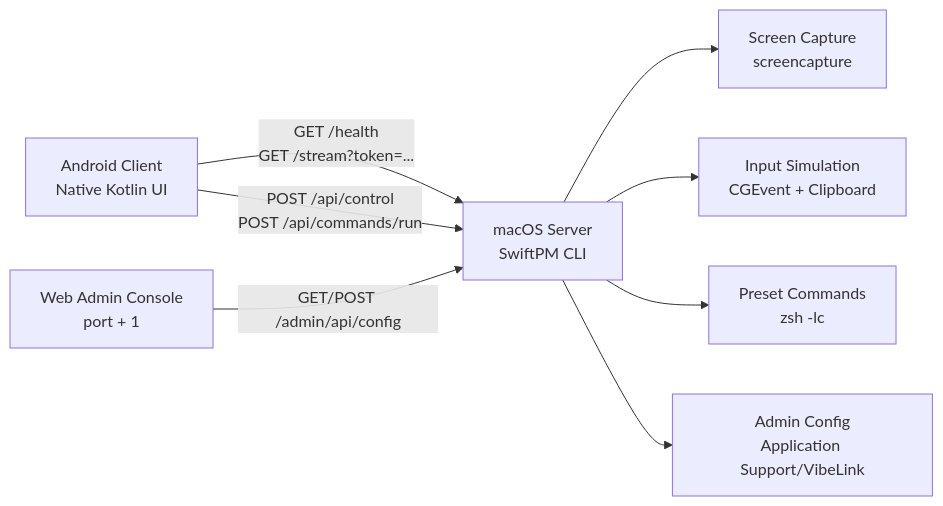
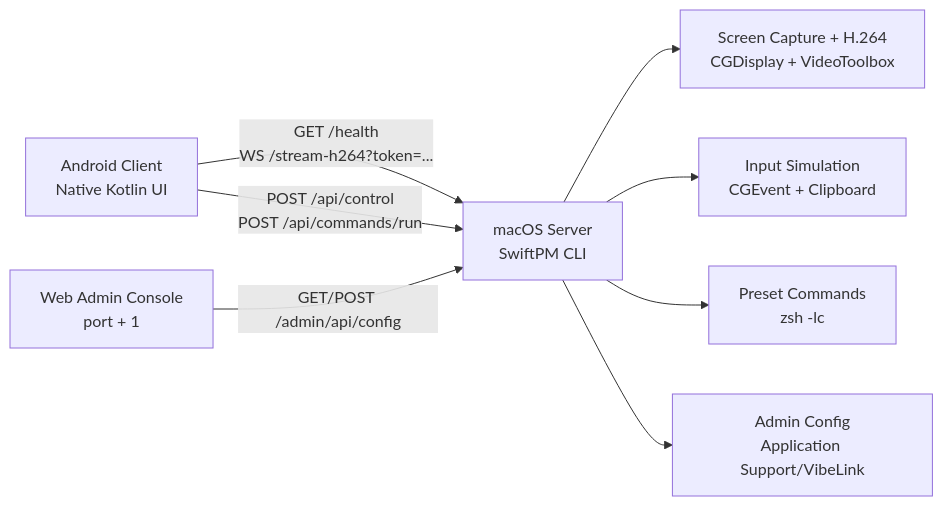
Before and after one commit to IceSeaOnly/vibe_link: the diagram in README.md, drawn with Mermaid. The commit also changed other lines of this file and 26 other files, not shown here.

````diff
--- a/README.md
+++ b/README.md
@@ -101,10 +104,10 @@
 ```mermaid
 flowchart LR
-    Android["Android Client<br/>Native Kotlin UI"] -->|"GET /health<br/>GET /stream?token=..."| Server["macOS Server<br/>SwiftPM CLI"]
+    Android["Android Client<br/>Native Kotlin UI"] -->|"GET /health<br/>WS /stream-h264?token=..."| Server["macOS Server<br/>SwiftPM CLI"]
     Android -->|"POST /api/control<br/>POST /api/commands/run"| Server
     Admin["Web Admin Console<br/>port + 1"] -->|"GET/POST /admin/api/config"| Server
-    Server --> Capture["Screen Capture<br/>screencapture"]
+    Server --> Capture["Screen Capture + H.264<br/>CGDisplay + VideoToolbox"]
     Server --> Input["Input Simulation<br/>CGEvent + Clipboard"]
     Server --> Commands["Preset Commands<br/>zsh -lc"]
     Server --> Config["Admin Config<br/>Application Support/VibeLink"]
 ```
````
